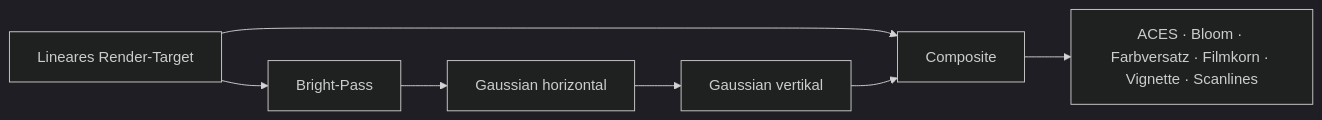
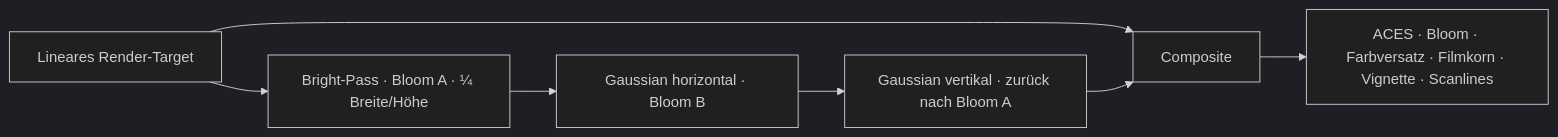
The diagram in docs/wiki/Szenen.md (Pierreg99/CryoNexis-Lunar-Eclispe), drawn with Mermaid (dark theme) before and after one commit. The commit also changed other lines of this file and 3 other files, not shown here.

````diff
--- a/docs/wiki/Szenen.md
+++ b/docs/wiki/Szenen.md
@@ -22,9 +22,9 @@
 ```mermaid
 flowchart LR
-    A["Lineares Render-Target"] --> B["Bright-Pass"]
-    B --> C["Gaussian horizontal"]
-    C --> D["Gaussian vertikal"]
+    A["Lineares Render-Target"] --> B["Bright-Pass · Bloom A · ¼ Breite/Höhe"]
+    B --> C["Gaussian horizontal · Bloom B"]
+    C --> D["Gaussian vertikal · zurück nach Bloom A"]
     A --> E["Composite"]
     D --> E
     E --> F["ACES · Bloom · Farbversatz · Filmkorn · Vignette · Scanlines"]
 ```
````
